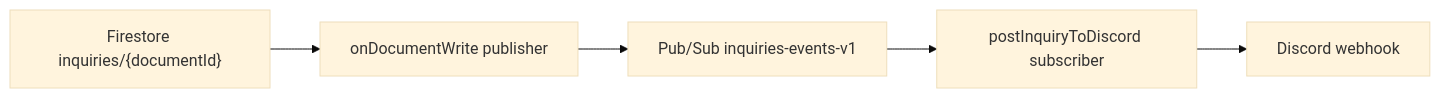
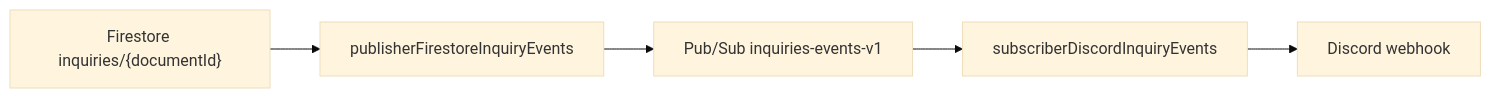
One commit to anaregdesign/anareg.design-functions changed the diagram in README.md. Above: the diagram before and after it, drawn with Mermaid (base theme). The commit also changed other lines of this file and 4 other files, not shown here.

````diff
--- a/README.md
+++ b/README.md
@@ -13,7 +13,7 @@
 ```mermaid
 flowchart LR
-  Firestore["Firestore inquiries/{documentId}"] --> Publisher["onDocumentWrite publisher"]
+  Firestore["Firestore inquiries/{documentId}"] --> Publisher["publisherFirestoreInquiryEvents"]
   Publisher --> PubSub["Pub/Sub inquiries-events-v1"]
-  PubSub --> Subscriber["postInquiryToDiscord subscriber"]
+  PubSub --> Subscriber["subscriberDiscordInquiryEvents"]
   Subscriber --> Discord["Discord webhook"]
 ```
````
